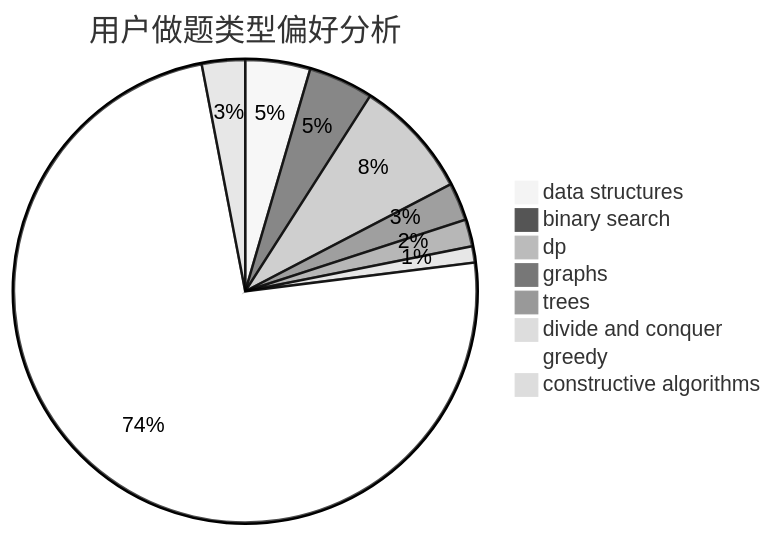
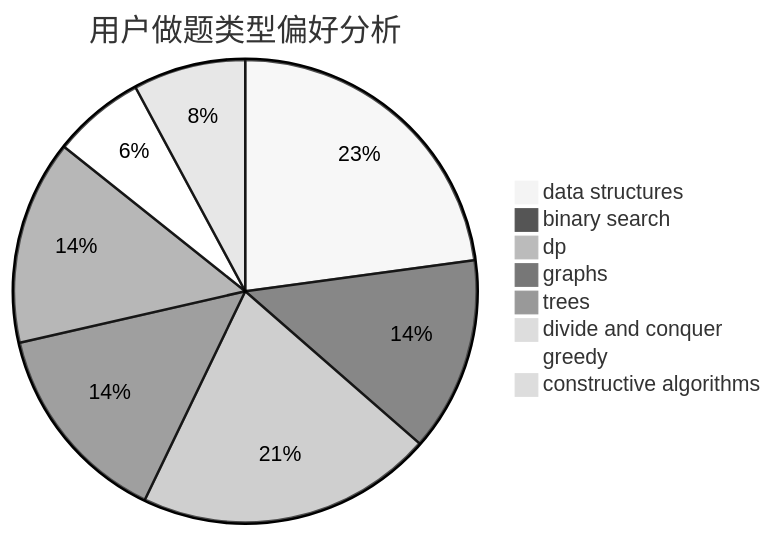
Before and after one commit to sherpahu/cfrs.github.io: the second of 3 diagrams in docs/user/u1987.md, drawn with Mermaid (neutral theme). The commit also changed other lines of this file and 2770 other files, not shown here.

````diff
--- a/docs/user/u1987.md
+++ b/docs/user/u1987.md
@@ -23,11 +23,11 @@
 ```mermaid
 pie title 用户做题类型偏好分析
-    "data structures" :  12
-    "binary search" :  12
-    "dp" :  22
-    "graphs" :  7
-    "trees" :  5
-    "divide and conquer" :  3
-    "greedy" :  196
-    "constructive algorithms" :  8
+    "data structures" :  32
+    "binary search" :  19
+    "dp" :  29
+    "graphs" :  20
+    "trees" :  20
+    "divide and conquer" :  0
+    "greedy" :  9
+    "constructive algorithms" :  11
 ```
````
